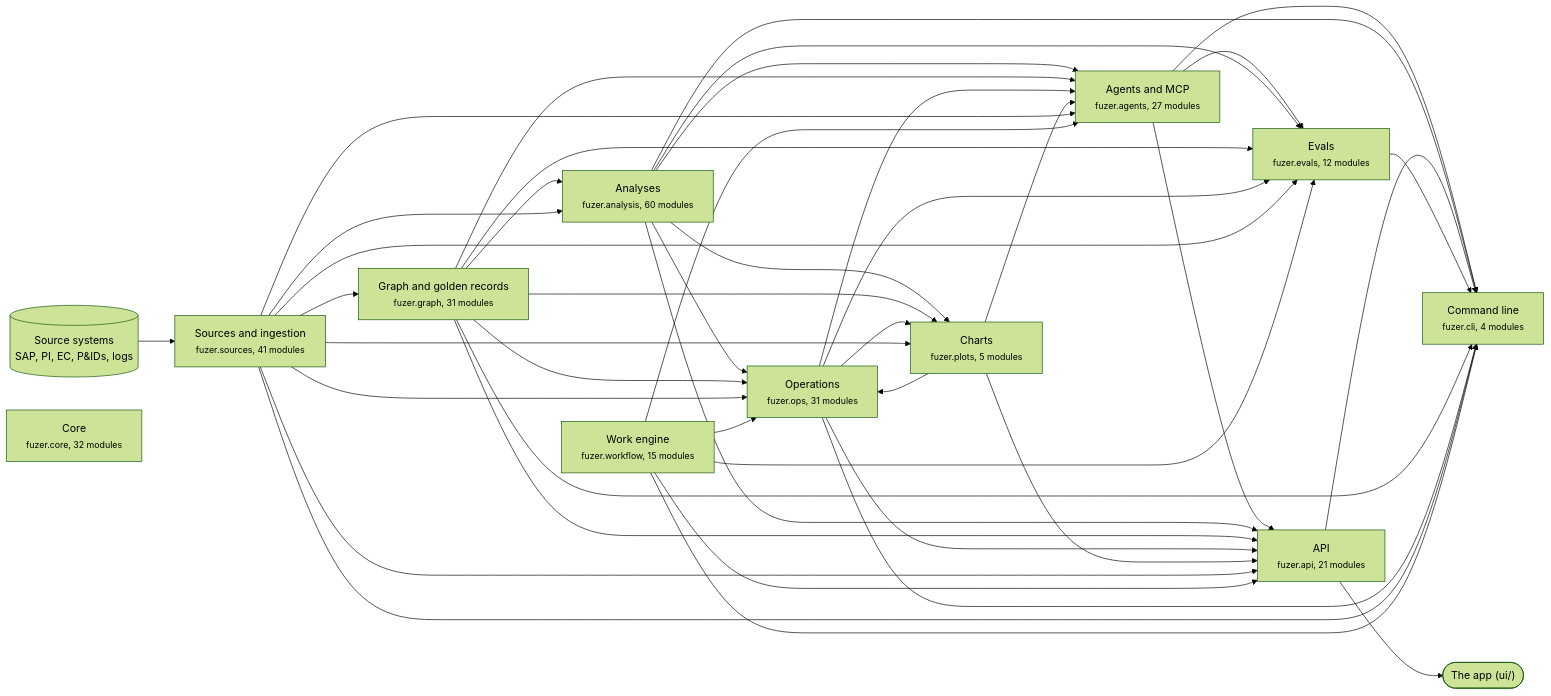
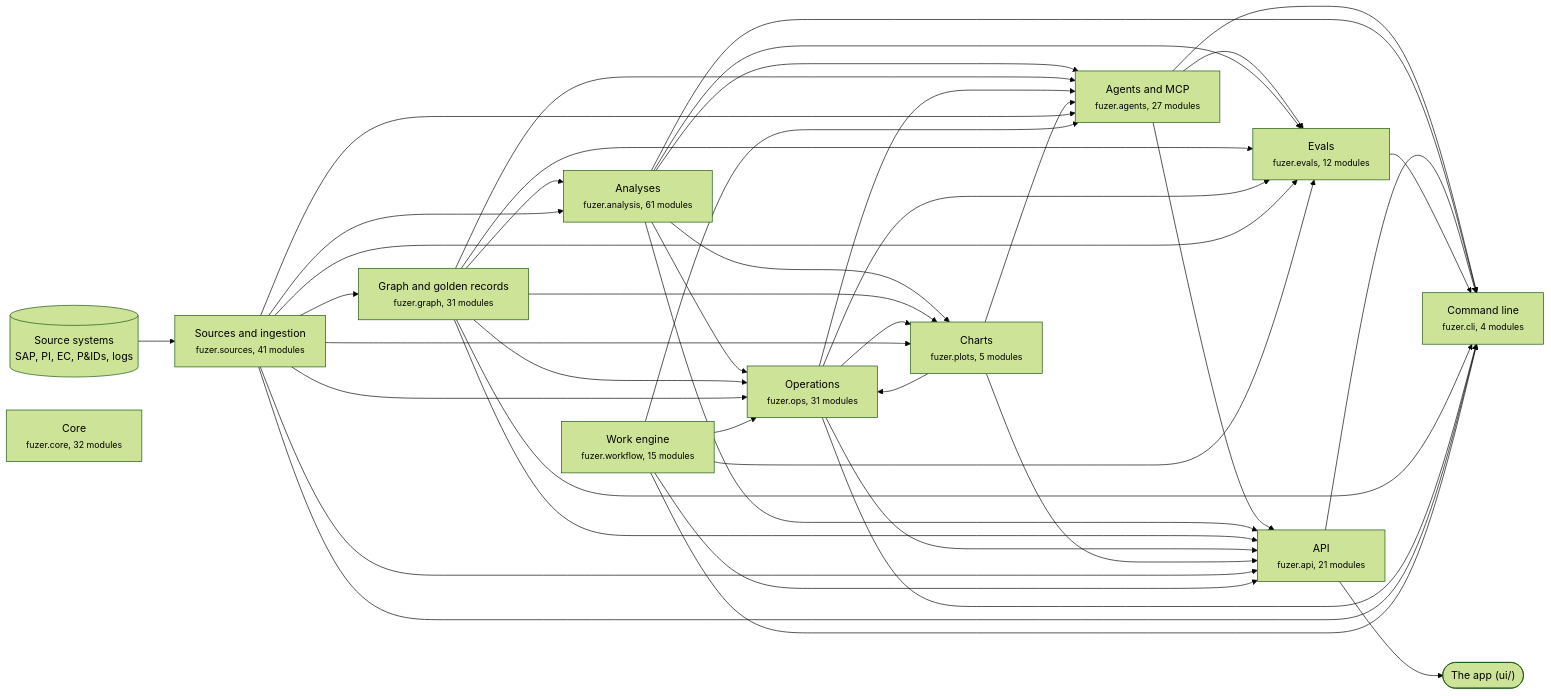
Before and after one commit to areed145/fuzer: the first of 3 diagrams in docs/architecture.md, drawn with Mermaid (forest theme). The commit also changed other lines of this file and 10 other files, not shown here.

````diff
--- a/docs/architecture.md
+++ b/docs/architecture.md
@@ -8,67 +8,67 @@
 ```mermaid
 flowchart LR
   systems[("Source systems<br>SAP, PI, EC, P&IDs, logs")] --> c_sources
   app(["The app (ui/)"])
   c_api --> app
   c_sources["Sources and ingestion<br><small>fuzer.sources, 41 modules</small>"]
   c_graph["Graph and golden records<br><small>fuzer.graph, 31 modules</small>"]
-  c_analysis["Analyses<br><small>fuzer.analysis, 60 modules</small>"]
+  c_analysis["Analyses<br><small>fuzer.analysis, 61 modules</small>"]
   c_ops["Operations<br><small>fuzer.ops, 31 modules</small>"]
   c_plots["Charts<br><small>fuzer.plots, 5 modules</small>"]
   c_workflow["Work engine<br><small>fuzer.workflow, 15 modules</small>"]
   c_agents["Agents and MCP<br><small>fuzer.agents, 27 modules</small>"]
   c_evals["Evals<br><small>fuzer.evals, 12 modules</small>"]
   c_api["API<br><small>fuzer.api, 21 modules</small>"]
   c_cli["Command line<br><small>fuzer.cli, 4 modules</small>"]
   c_core["Core<br><small>fuzer.core, 32 modules</small>"]
   c_sources --> c_graph
   c_graph --> c_analysis
   c_sources --> c_analysis
   c_analysis --> c_ops
   c_graph --> c_ops
   c_plots --> c_ops
   c_sources --> c_ops
   c_workflow --> c_ops
   c_analysis --> c_plots
   c_graph --> c_plots
   c_ops --> c_plots
   c_sources --> c_plots
   c_analysis --> c_agents
   c_graph --> c_agents
   c_ops --> c_agents
   c_plots --> c_agents
   c_sources --> c_agents
   c_workflow --> c_agents
   c_agents --> c_evals
   c_analysis --> c_evals
   c_graph --> c_evals
   c_ops --> c_evals
   c_sources --> c_evals
   c_workflow --> c_evals
   c_agents --> c_api
   c_analysis --> c_api
   c_graph --> c_api
   c_ops --> c_api
   c_plots --> c_api
   c_sources --> c_api
   c_workflow --> c_api
   c_agents --> c_cli
   c_analysis --> c_cli
   c_api --> c_cli
   c_evals --> c_cli
   c_graph --> c_cli
   c_ops --> c_cli
   c_sources --> c_cli
   c_workflow --> c_cli
   click c_sources "https://github.com/areed145/fuzer/tree/main/src/fuzer/sources"
   click c_graph "https://github.com/areed145/fuzer/tree/main/src/fuzer/graph"
   click c_analysis "https://github.com/areed145/fuzer/tree/main/src/fuzer/analysis"
   click c_ops "https://github.com/areed145/fuzer/tree/main/src/fuzer/ops"
   click c_plots "https://github.com/areed145/fuzer/tree/main/src/fuzer/plots"
   click c_workflow "https://github.com/areed145/fuzer/tree/main/src/fuzer/workflow"
   click c_agents "https://github.com/areed145/fuzer/tree/main/src/fuzer/agents"
   click c_evals "https://github.com/areed145/fuzer/tree/main/src/fuzer/evals"
   click c_api "https://github.com/areed145/fuzer/tree/main/src/fuzer/api"
   click c_cli "https://github.com/areed145/fuzer/tree/main/src/fuzer/cli"
   click c_core "https://github.com/areed145/fuzer/tree/main/src/fuzer/core"
 ```
````
